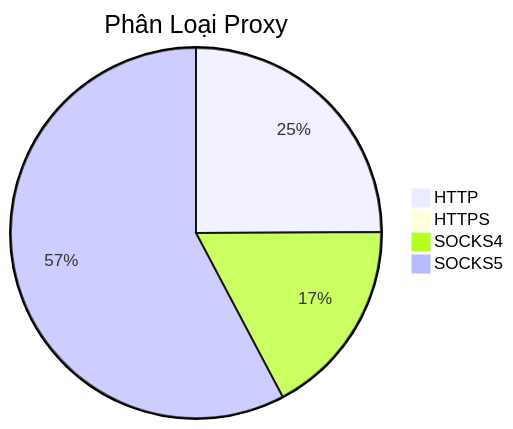
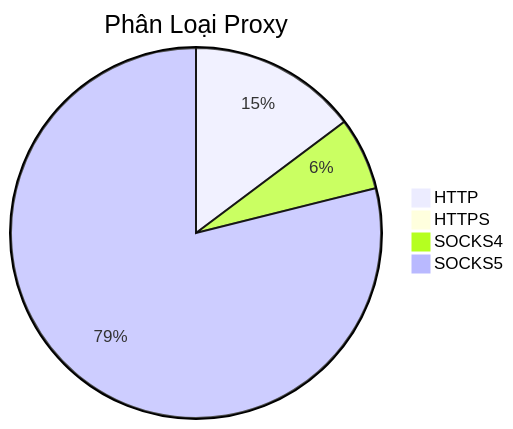
Before and after one commit to Ciara-Aa/PROXY-free: the diagram in README.md, drawn with Mermaid. The commit also changed other lines of this file and 4 other files, not shown here.

````diff
--- a/README.md
+++ b/README.md
@@ -26,7 +26,7 @@
 ```mermaid
 pie title Phân Loại Proxy
-    "HTTP" : 365
-    "HTTPS" : 9
-    "SOCKS4" : 254
-    "SOCKS5" : 846
+    "HTTP" : 379
+    "HTTPS" : 8
+    "SOCKS4" : 163
+    "SOCKS5" : 2026
 ```
````
